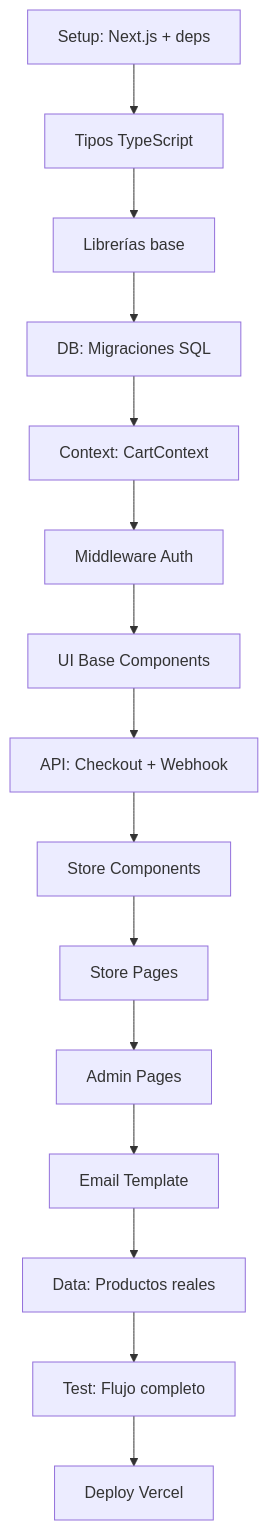
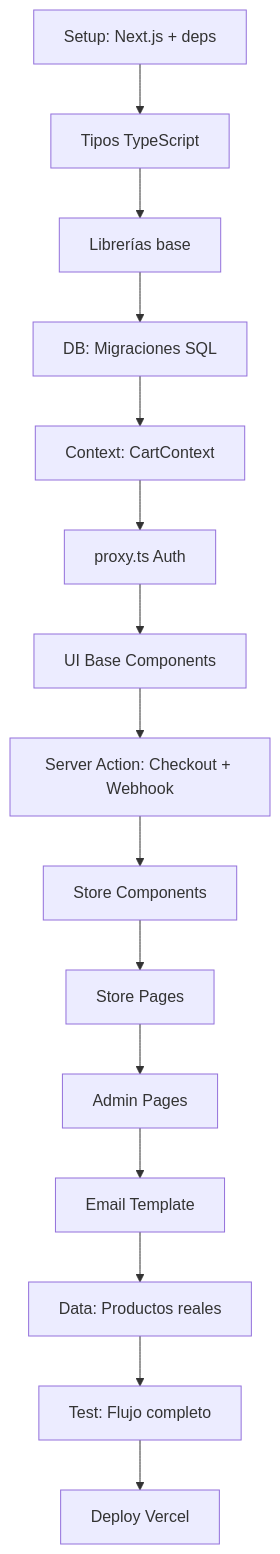
Before and after one commit to cldrojas/arid-store: the diagram in docs/SPEC.md, drawn with Mermaid. The commit also changed other lines of this file and 47 other files, not shown here.

````diff
--- a/docs/SPEC.md
+++ b/docs/SPEC.md
@@ -613,17 +701,17 @@
 ```mermaid
 graph TD
     A[Setup: Next.js + deps] --> B[Tipos TypeScript]
     B --> C[Librerías base]
     C --> D[DB: Migraciones SQL]
     D --> E[Context: CartContext]
-    E --> F[Middleware Auth]
+    E --> F[proxy.ts Auth]
     F --> G[UI Base Components]
-    G --> H[API: Checkout + Webhook]
+    G --> H[Server Action: Checkout + Webhook]
     H --> I[Store Components]
     I --> J[Store Pages]
     J --> K[Admin Pages]
     K --> L[Email Template]
     L --> M[Data: Productos reales]
     M --> N[Test: Flujo completo]
     N --> O[Deploy Vercel]
 ```
````
